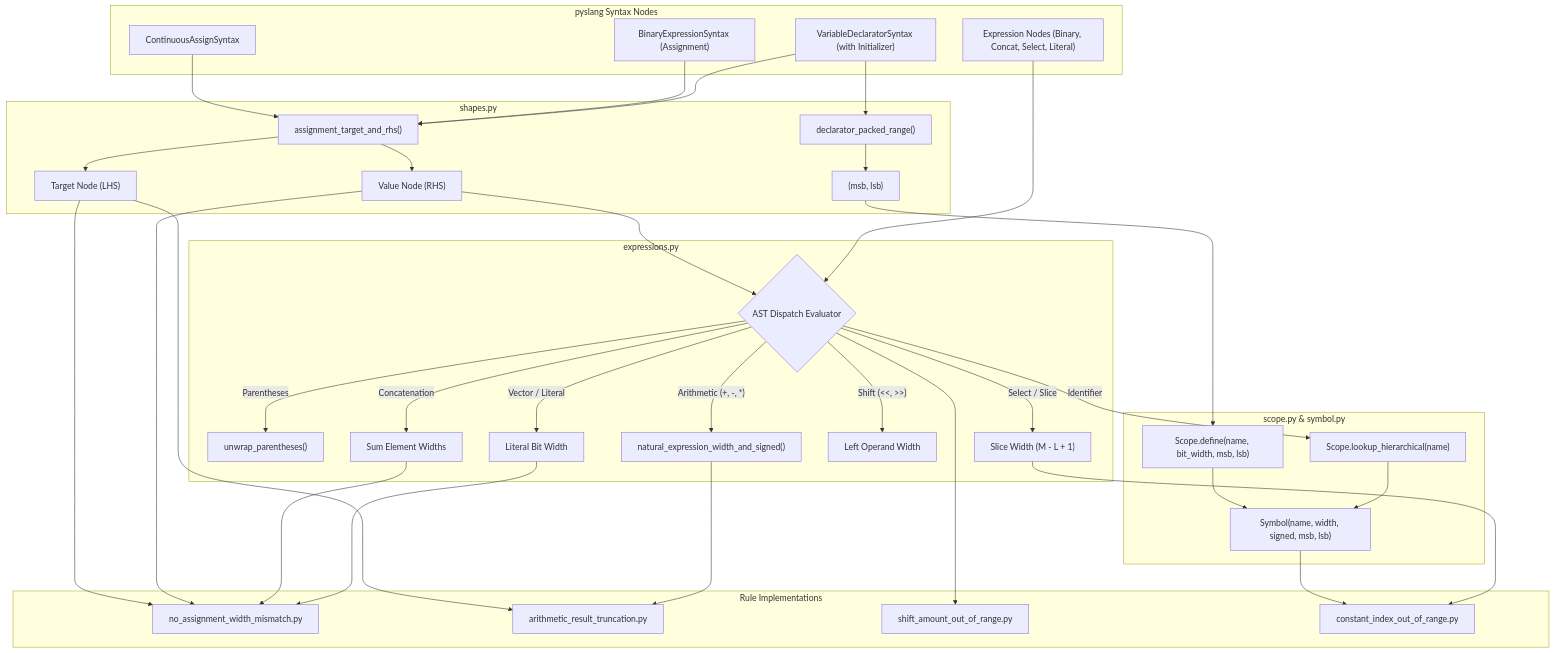
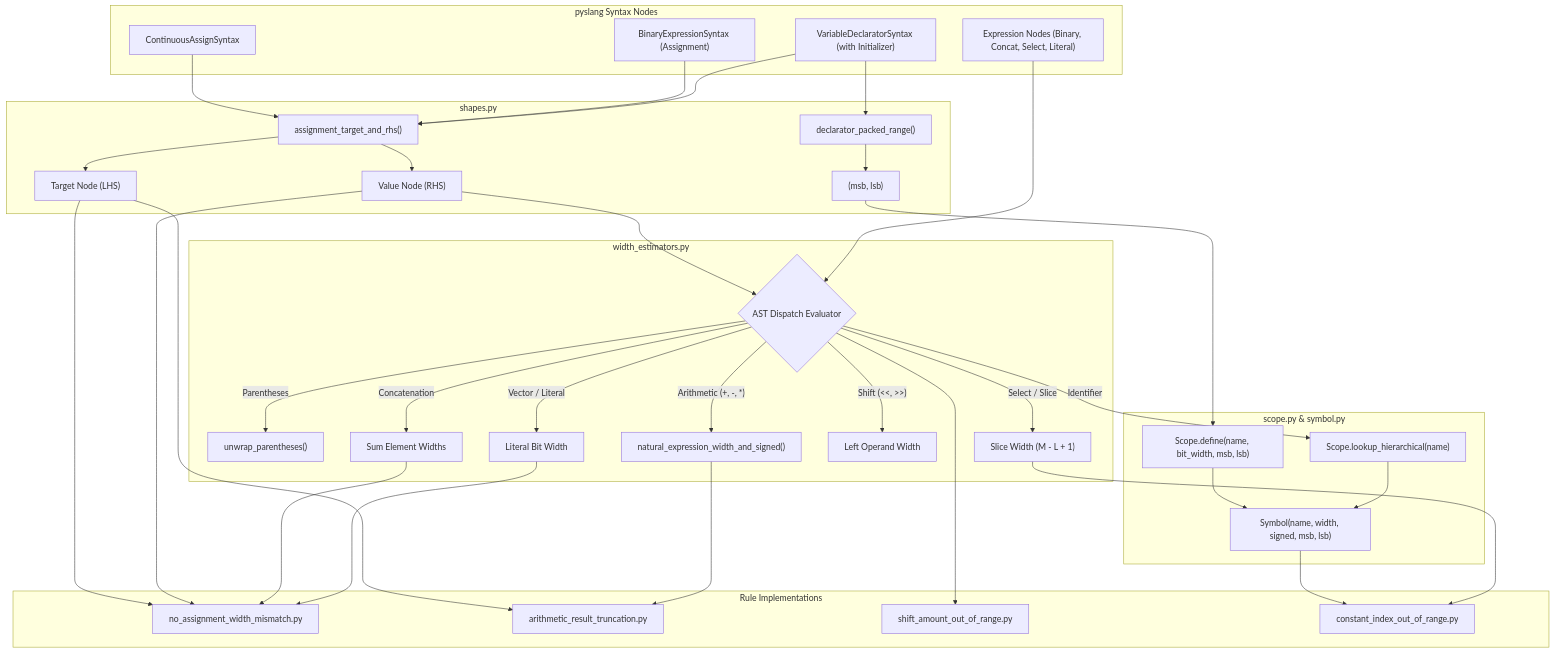
One commit to svalme/Verilinter changed the second of 5 diagrams in docs/ARCHITECTURE.md. Above: the diagram before and after it, drawn with Mermaid. The commit also changed other lines of this file and 96 other files, not shown here.

````diff
--- a/docs/ARCHITECTURE.md
+++ b/docs/ARCHITECTURE.md
@@ -85,54 +85,54 @@
 ```mermaid
 graph TD
     subgraph ASTNodes ["pyslang Syntax Nodes"]
         CA["ContinuousAssignSyntax"]
         PA["BinaryExpressionSyntax (Assignment)"]
         VD["VariableDeclaratorSyntax (with Initializer)"]
         EXPR["Expression Nodes (Binary, Concat, Select, Literal)"]
     end
 
     subgraph ShapeResolution ["shapes.py"]
         CA --> R_ASSIGN["assignment_target_and_rhs()"]
         PA --> R_ASSIGN
         VD --> R_ASSIGN
         R_ASSIGN --> OUT_TGT["Target Node (LHS)"]
         R_ASSIGN --> OUT_RHS["Value Node (RHS)"]
         
         VD --> R_RANGE["declarator_packed_range()"]
         R_RANGE --> OUT_BOUNDS["(msb, lsb)"]
     end
 
     subgraph ScopeLayer ["scope.py & symbol.py"]
         OUT_BOUNDS --> SYM_DEF["Scope.define(name, bit_width, msb, lsb)"]
         SYM_DEF --> SYM_OBJ["Symbol(name, width, signed, msb, lsb)"]
         LOOKUP["Scope.lookup_hierarchical(name)"] --> SYM_OBJ
     end
 
-    subgraph ExpressionEngine ["expressions.py"]
+    subgraph ExpressionEngine ["width_estimators.py"]
         OUT_RHS --> EXPR_ENGINE{"AST Dispatch Evaluator"}
         EXPR --> EXPR_ENGINE
         
         EXPR_ENGINE -- "Parentheses" --> UNWRAP["unwrap_parentheses()"]
         EXPR_ENGINE -- "Identifier" --> LOOKUP
         EXPR_ENGINE -- "Concatenation" --> SUM_CONCAT["Sum Element Widths"]
         EXPR_ENGINE -- "Select / Slice" --> CALC_SLICE["Slice Width (M - L + 1)"]
         EXPR_ENGINE -- "Vector / Literal" --> LIT_WIDTH["Literal Bit Width"]
         EXPR_ENGINE -- "Shift (<<, >>)" --> SHIFT_WIDTH["Left Operand Width"]
         EXPR_ENGINE -- "Arithmetic (+, -, *)" --> NAT_WIDTH["natural_expression_width_and_signed()"]
     end
 
     subgraph RuleConsumers ["Rule Implementations"]
         OUT_TGT --> NO_MISMATCH["no_assignment_width_mismatch.py"]
         OUT_RHS --> NO_MISMATCH
         SUM_CONCAT --> NO_MISMATCH
         LIT_WIDTH --> NO_MISMATCH
 
         OUT_TGT --> ARITH_TRUNC["arithmetic_result_truncation.py"]
         NAT_WIDTH --> ARITH_TRUNC
 
         EXPR_ENGINE --> SHIFT_RANGE["shift_amount_out_of_range.py"]
 
         SYM_OBJ --> CONST_INDEX["constant_index_out_of_range.py"]
         CALC_SLICE --> CONST_INDEX
     end
 ```
````
